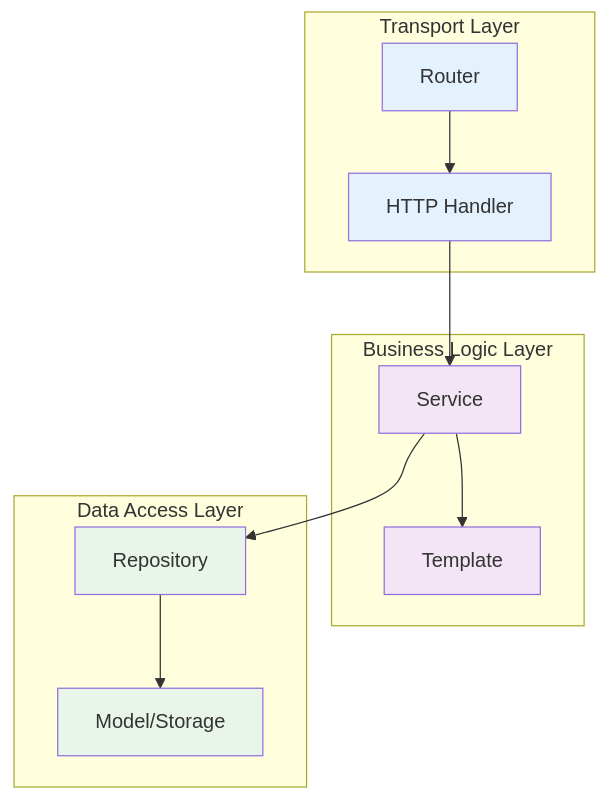
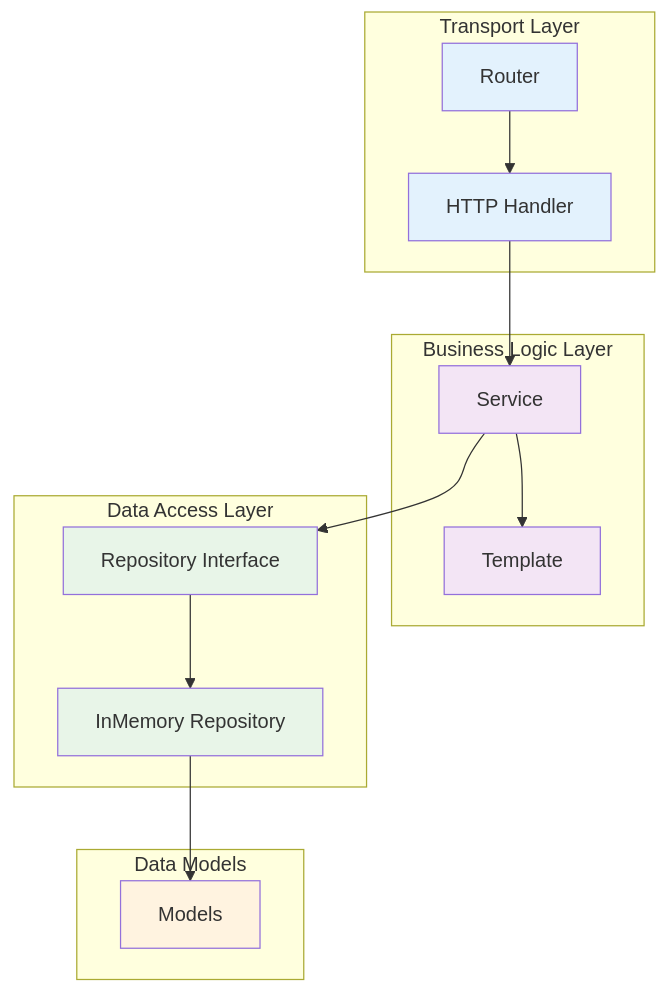
Before and after one commit to IgorKilipenko/metrical: the second of 4 diagrams in README.md, drawn with Mermaid. The commit also changed other lines of this file and 16 other files, not shown here.

````diff
--- a/README.md
+++ b/README.md
@@ -46,30 +46,36 @@
 ```mermaid
 graph TB
     subgraph "Transport Layer"
         H[HTTP Handler]
         R[Router]
     end
     
     subgraph "Business Logic Layer"
         S[Service]
         T[Template]
     end
     
     subgraph "Data Access Layer"
-        REPO[Repository]
-        M[Model/Storage]
+        REPO[Repository Interface]
+        IMR[InMemory Repository]
+    end
+    
+    subgraph "Data Models"
+        M[Models]
     end
     
     H --> S
     R --> H
     S --> REPO
-    REPO --> M
+    REPO --> IMR
+    IMR --> M
     S --> T
     
     style H fill:#e3f2fd
     style R fill:#e3f2fd
     style S fill:#f3e5f5
     style T fill:#f3e5f5
     style REPO fill:#e8f5e8
-    style M fill:#e8f5e8
+    style IMR fill:#e8f5e8
+    style M fill:#fff3e0
 ```
````
